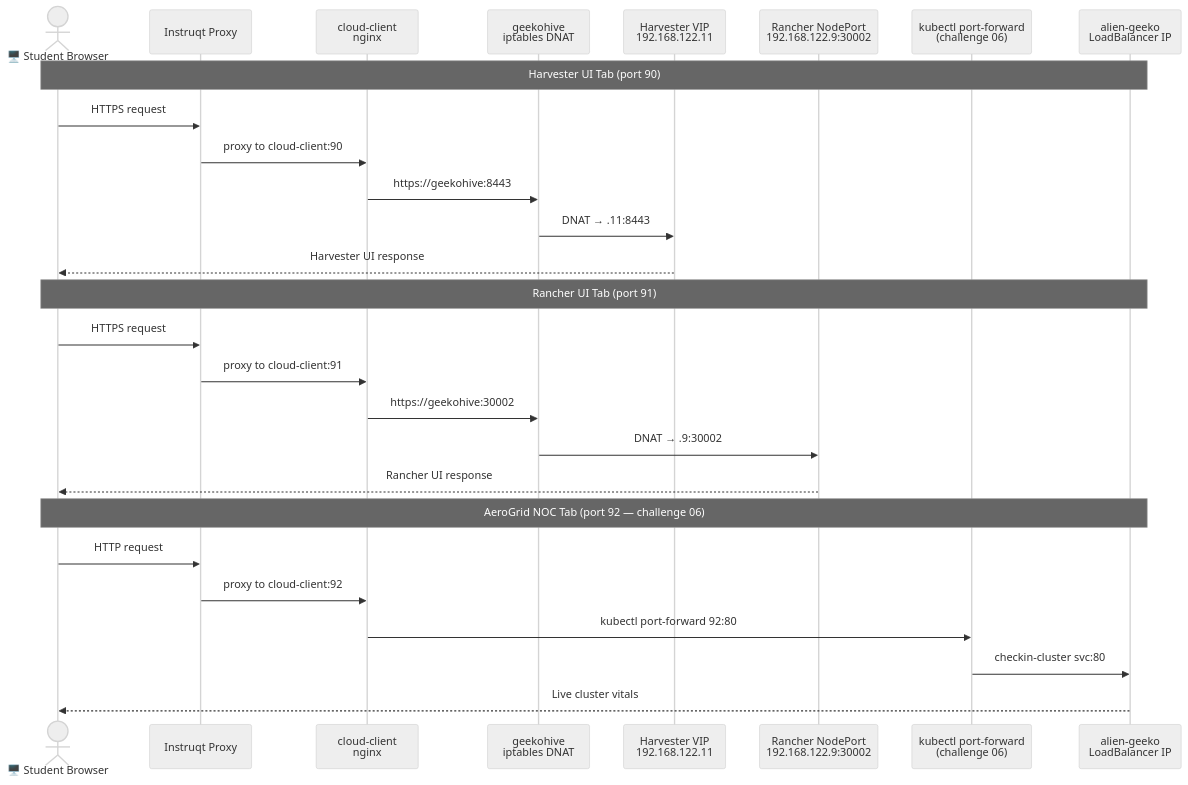
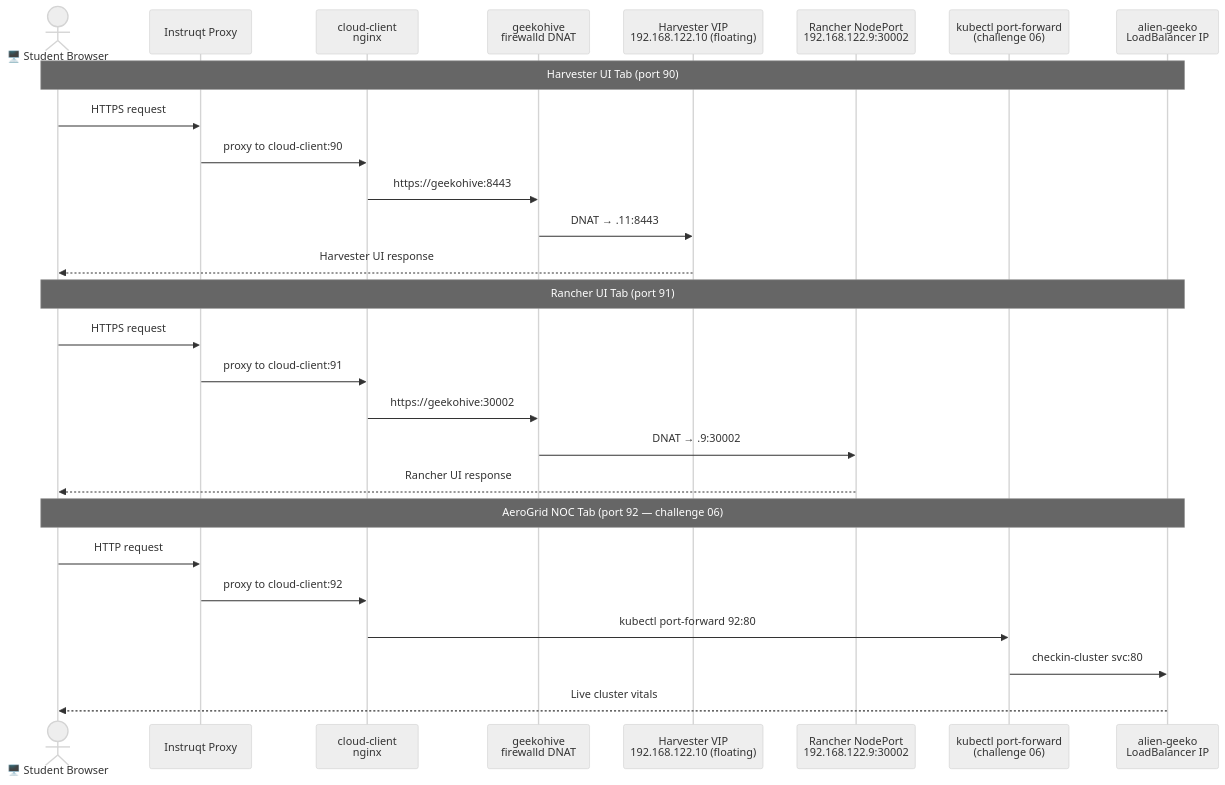
Before and after one commit to SUSE-Technical-Marketing/suse-virt-rodeo: the diagram in assets/diagrams/ui-traffic-flow.mmd, drawn with Mermaid (neutral theme). The commit also changed 45 other files, not shown here.

First line of the commit message:
Migrate to SLES 16, add agnostic deployer, fix kube-vip floating VIP

```diff
--- a/assets/diagrams/ui-traffic-flow.mmd
+++ b/assets/diagrams/ui-traffic-flow.mmd
@@ -1,30 +1,30 @@
 sequenceDiagram
     actor Student as 🖥️ Student Browser
     participant IP as Instruqt Proxy
     participant CC as cloud-client<br/>nginx
-    participant GH as geekohive<br/>iptables DNAT
-    participant HV as Harvester VIP<br/>192.168.122.11
+    participant GH as geekohive<br/>firewalld DNAT
+    participant HV as Harvester VIP<br/>192.168.122.10 (floating)
     participant RN as Rancher NodePort<br/>192.168.122.9:30002
     participant PF as kubectl port-forward<br/>(challenge 06)
     participant NOC as alien-geeko<br/>LoadBalancer IP
 
     Note over Student,NOC: Harvester UI Tab (port 90)
     Student->>IP: HTTPS request
     IP->>CC: proxy to cloud-client:90
     CC->>GH: https://geekohive:8443
     GH->>HV: DNAT → .11:8443
     HV-->>Student: Harvester UI response
 
     Note over Student,NOC: Rancher UI Tab (port 91)
     Student->>IP: HTTPS request
     IP->>CC: proxy to cloud-client:91
     CC->>GH: https://geekohive:30002
     GH->>RN: DNAT → .9:30002
     RN-->>Student: Rancher UI response
 
     Note over Student,NOC: AeroGrid NOC Tab (port 92 — challenge 06)
     Student->>IP: HTTP request
     IP->>CC: proxy to cloud-client:92
     CC->>PF: kubectl port-forward 92:80
     PF->>NOC: checkin-cluster svc:80
     NOC-->>Student: Live cluster vitals
```
